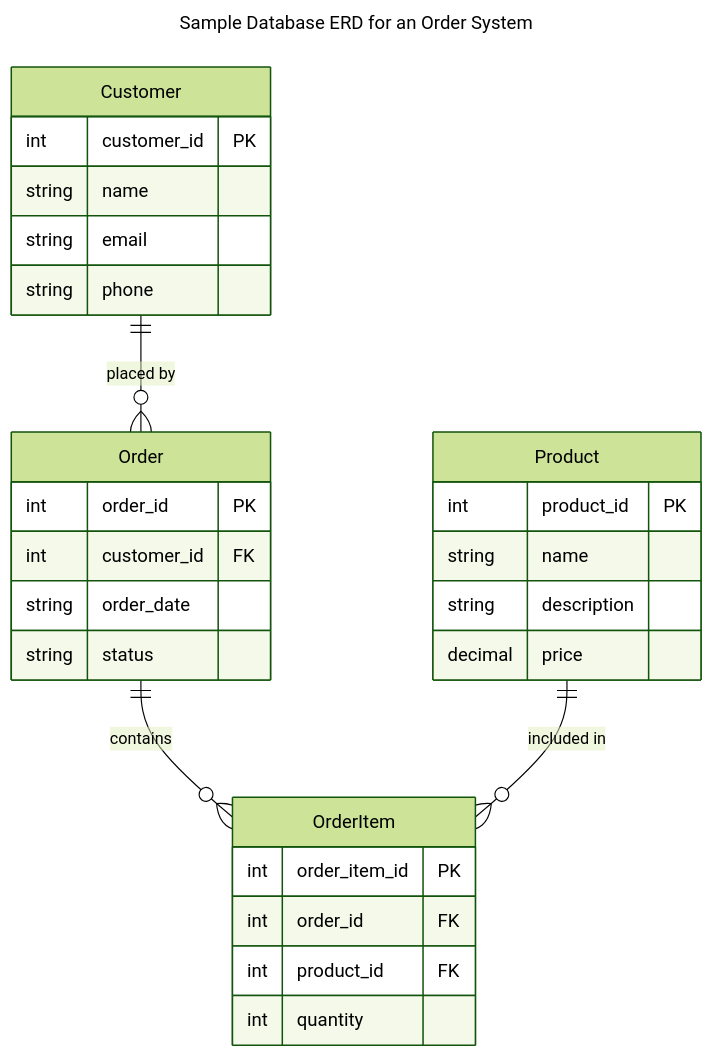
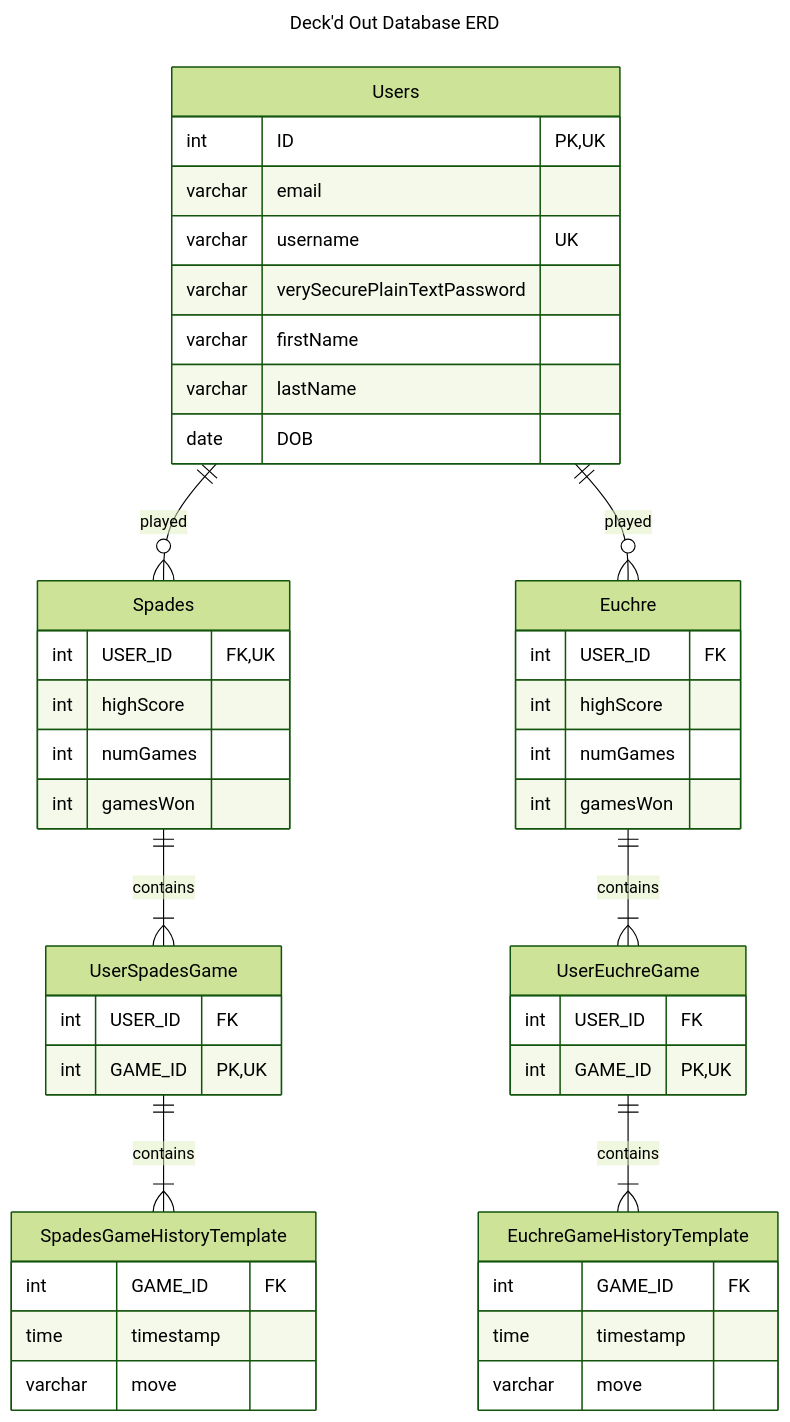
Before and after one commit to NellyBoi18/Deckd-Out: the first of 5 diagrams in README.md, drawn with Mermaid (forest theme).

Commit message:
Updated Database ER Diagram

````diff
--- a/README.md
+++ b/README.md
@@ -133,37 +133,65 @@
 ```mermaid
 ---
-title: Sample Database ERD for an Order System
+title: Deck'd Out Database ERD
 ---
 erDiagram
-    Customer ||--o{ Order : "placed by"
-    Order ||--o{ OrderItem : "contains"
-    Product ||--o{ OrderItem : "included in"
-
-    Customer {
-        int customer_id PK
-        string name
-        string email
-        string phone
+    Users {
+        int ID PK, UK
+        varchar email
+        varchar username UK
+        varchar verySecurePlainTextPassword
+        varchar firstName
+        varchar lastName
+        date DOB
     }
 
-    Order {
-        int order_id PK
-        int customer_id FK
-        string order_date
-        string status
+    Users ||--o{ Spades : played
+
+    Spades {
+        int USER_ID FK, UK
+        int highScore
+        int numGames
+        int gamesWon
     }
 
-    Product {
-        int product_id PK
-        string name
-        string description
-        decimal price
+    Spades ||--|{ UserSpadesGame : contains
+
+    UserSpadesGame {
+        int USER_ID FK
+        int GAME_ID PK, UK
     }
 
-    OrderItem {
-        int order_item_id PK
-        int order_id FK
-        int product_id FK
-        int quantity
+    UserSpadesGame ||--|{ SpadesGameHistoryTemplate : contains
+
+    SpadesGameHistoryTemplate {
+        int GAME_ID FK
+        time timestamp
+        varchar move
     }
+
+    Users ||--o{ Euchre : played
+
+    Euchre {
+        int USER_ID FK
+        int highScore
+        int numGames
+        int gamesWon
+    }
+
+    Euchre ||--|{ UserEuchreGame : contains
+
+    UserEuchreGame {
+        int USER_ID FK
+        int GAME_ID PK, UK
+    }
+
+    UserEuchreGame ||--|{ EuchreGameHistoryTemplate : contains
+
+    EuchreGameHistoryTemplate {
+        int GAME_ID FK
+        time timestamp
+        varchar move
+    }
+
+
 ```
````
